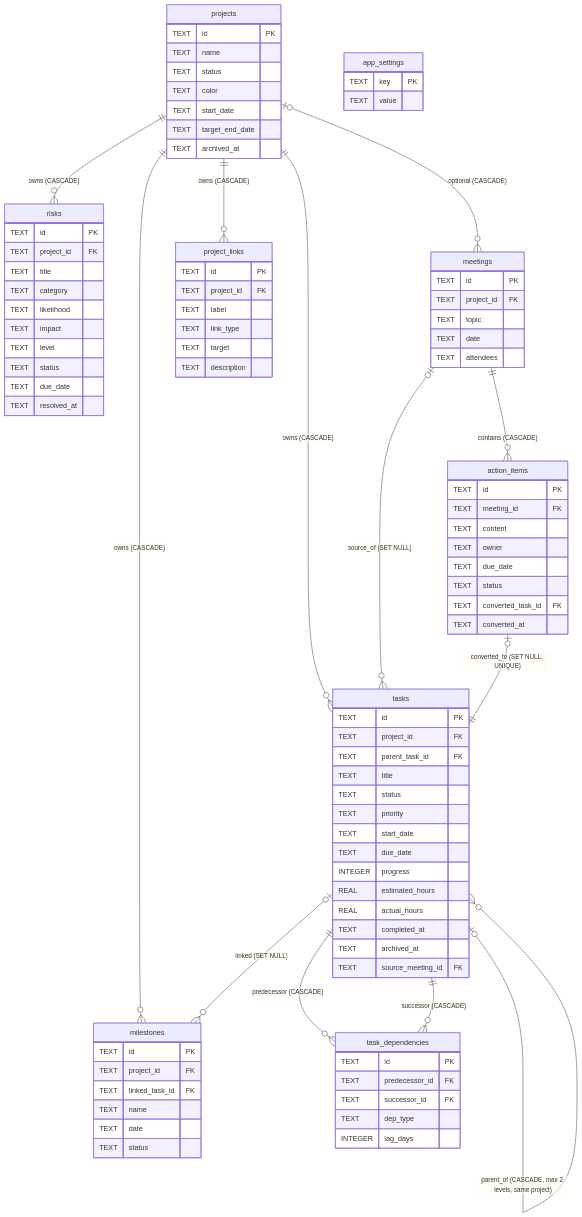
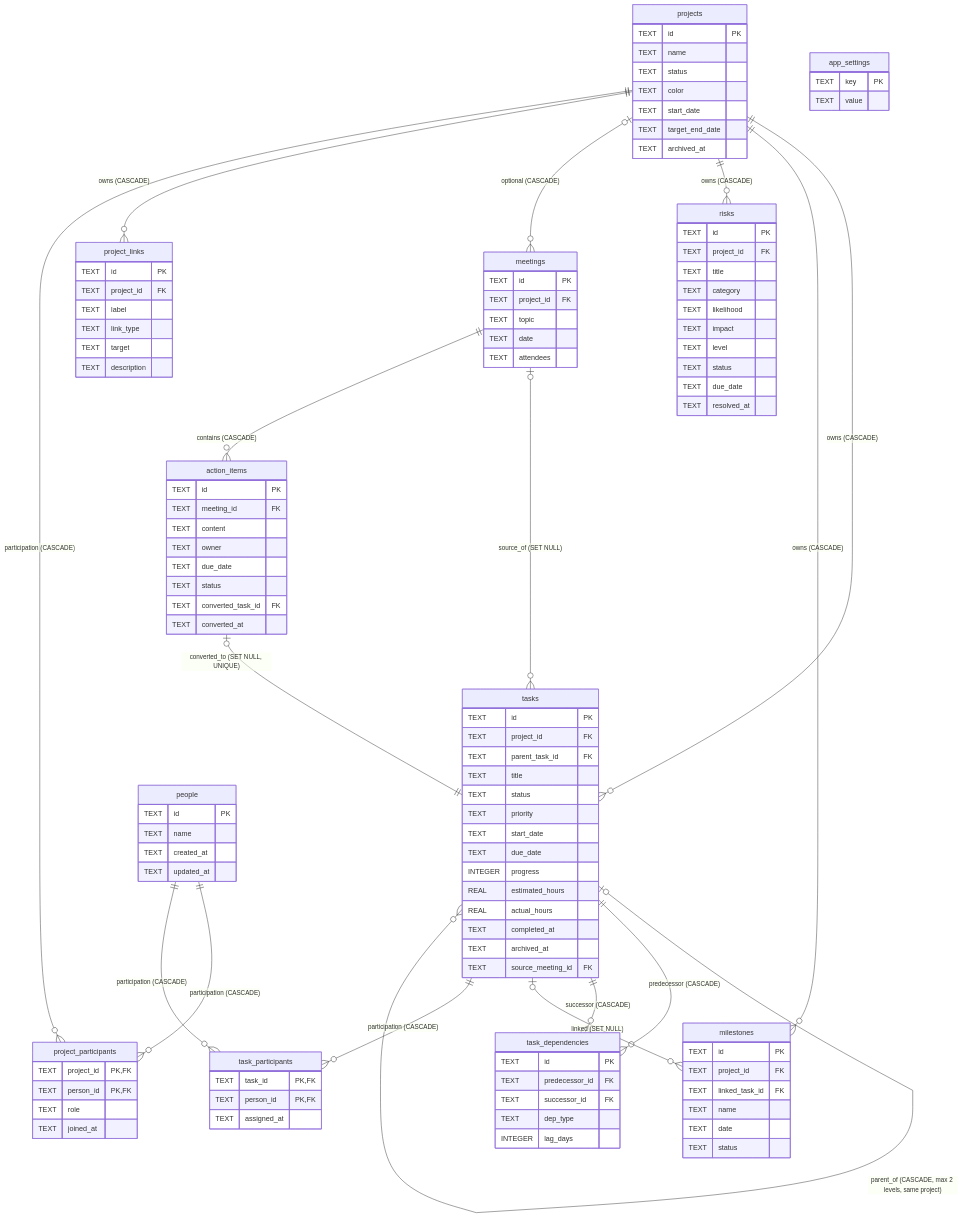
Before and after one commit to RuninL/ProjectPilot: the diagram in docs/database-schema.md, drawn with Mermaid. The commit also changed other lines of this file and 7 other files, not shown here.

Commit message:
fix: finalize people participation implementation

````diff
--- a/docs/database-schema.md
+++ b/docs/database-schema.md
@@ -277,6 +291,10 @@
   tasks |o--o{ milestones : "linked (SET NULL)"
   meetings ||--o{ action_items : "contains (CASCADE)"
   action_items |o--|| tasks : "converted_to (SET NULL, UNIQUE)"
+  projects ||--o{ project_participants : "participation (CASCADE)"
+  people ||--o{ project_participants : "participation (CASCADE)"
+  tasks ||--o{ task_participants : "participation (CASCADE)"
+  people ||--o{ task_participants : "participation (CASCADE)"
 
   projects {
     TEXT id PK
@@ -359,4 +377,21 @@
     TEXT key PK
     TEXT value
   }
+  people {
+    TEXT id PK
+    TEXT name
+    TEXT created_at
+    TEXT updated_at
+  }
+  project_participants {
+    TEXT project_id PK,FK
+    TEXT person_id PK,FK
+    TEXT role
+    TEXT joined_at
+  }
+  task_participants {
+    TEXT task_id PK,FK
+    TEXT person_id PK,FK
+    TEXT assigned_at
+  }
 ```
````
